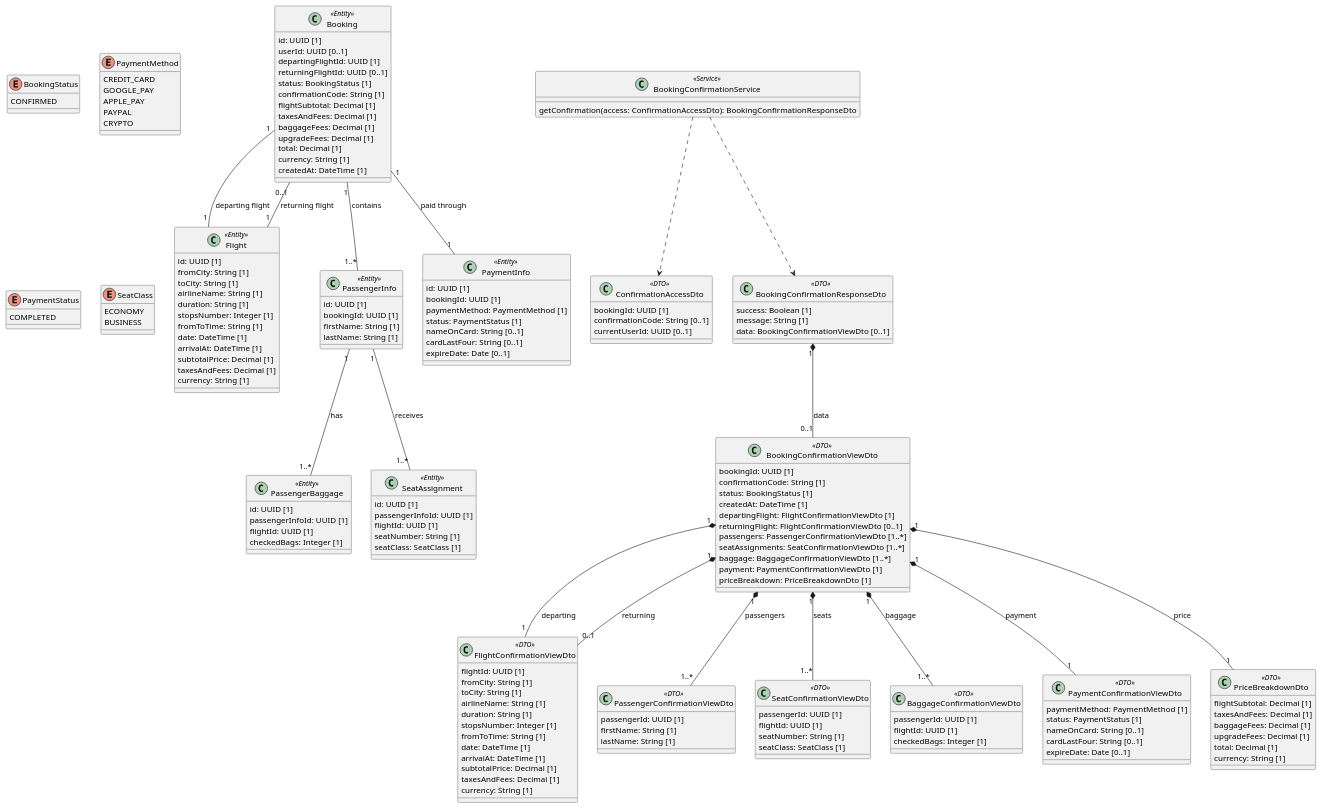
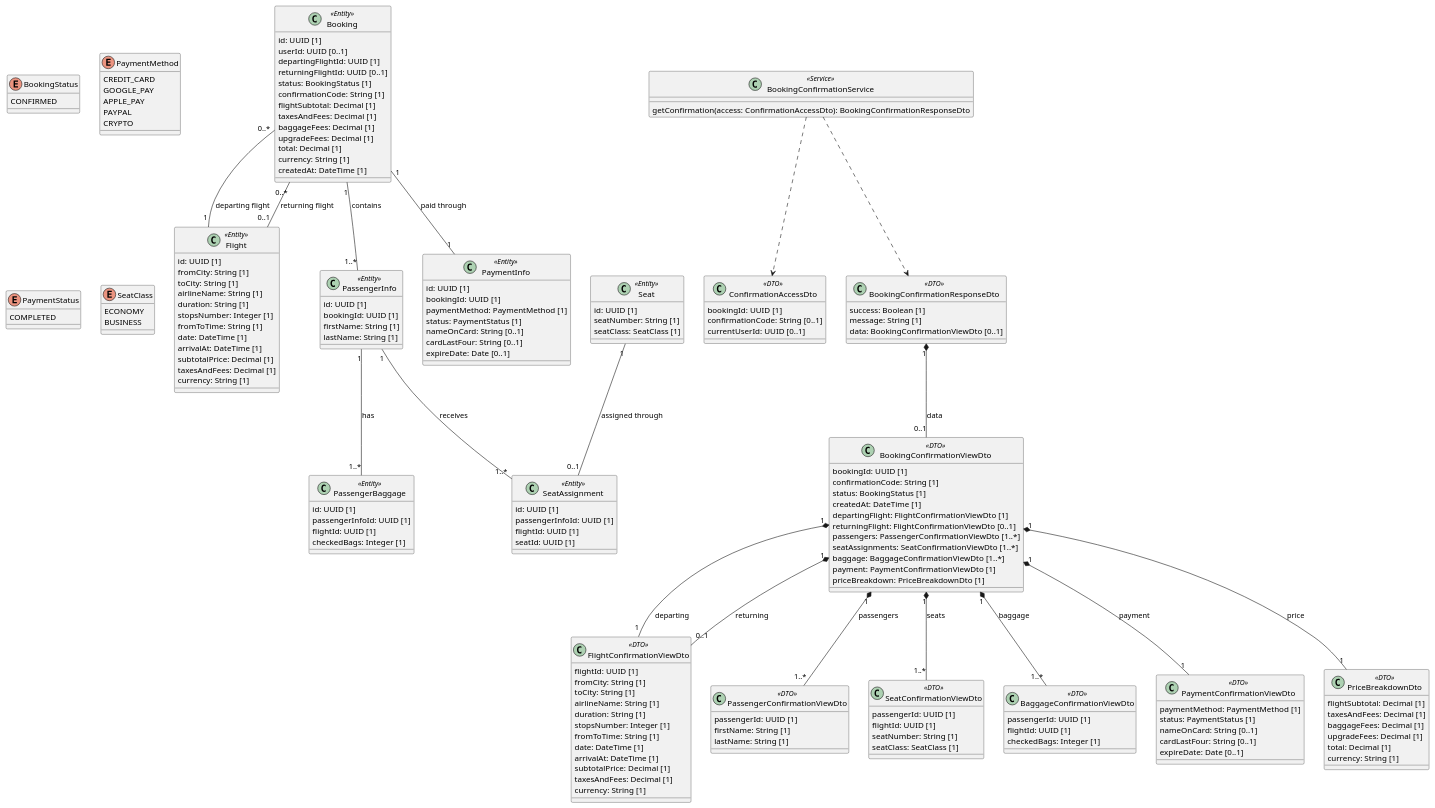
Before and after one commit to khanhNguyenHong2311/VT-TripmaSpecification: the diagram in 01-inception/use-cases/uc-06-view-booking-confirmation.md, drawn with PlantUML. The commit also changed other lines of this file and 16 other files, not shown here.

```diff
--- a/01-inception/use-cases/uc-06-view-booking-confirmation.md
+++ b/01-inception/use-cases/uc-06-view-booking-confirmation.md
@@ -155,12 +155,17 @@
   checkedBags: Integer [1]
 }
 
+class Seat <<Entity>> {
+  id: UUID [1]
+  seatNumber: String [1]
+  seatClass: SeatClass [1]
+}
+
 class SeatAssignment <<Entity>> {
   id: UUID [1]
   passengerInfoId: UUID [1]
   flightId: UUID [1]
-  seatNumber: String [1]
-  seatClass: SeatClass [1]
+  seatId: UUID [1]
 }
 
 enum SeatClass {
@@ -259,11 +264,12 @@
   getConfirmation(access: ConfirmationAccessDto): BookingConfirmationResponseDto
 }
 
-Booking "1" -- "1" Flight : departing flight
-Booking "0..1" -- "1" Flight : returning flight
+Booking "0..*" -- "1" Flight : departing flight
+Booking "0..*" -- "0..1" Flight : returning flight
 Booking "1" -- "1..*" PassengerInfo : contains
 PassengerInfo "1" -- "1..*" PassengerBaggage : has
 PassengerInfo "1" -- "1..*" SeatAssignment : receives
+Seat "1" -- "0..1" SeatAssignment : assigned through
 Booking "1" -- "1" PaymentInfo : paid through
 
 BookingConfirmationViewDto "1" *-- "1" FlightConfirmationViewDto : departing
```
